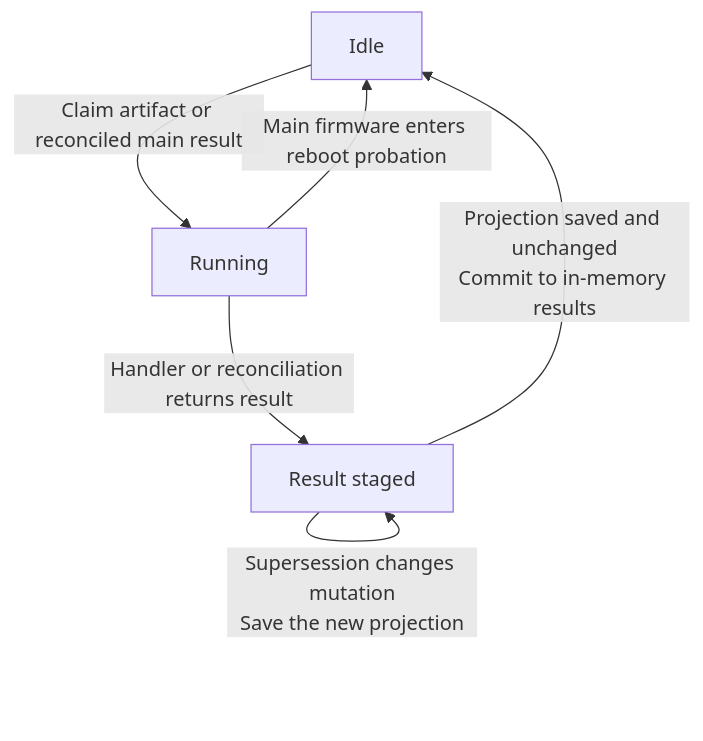
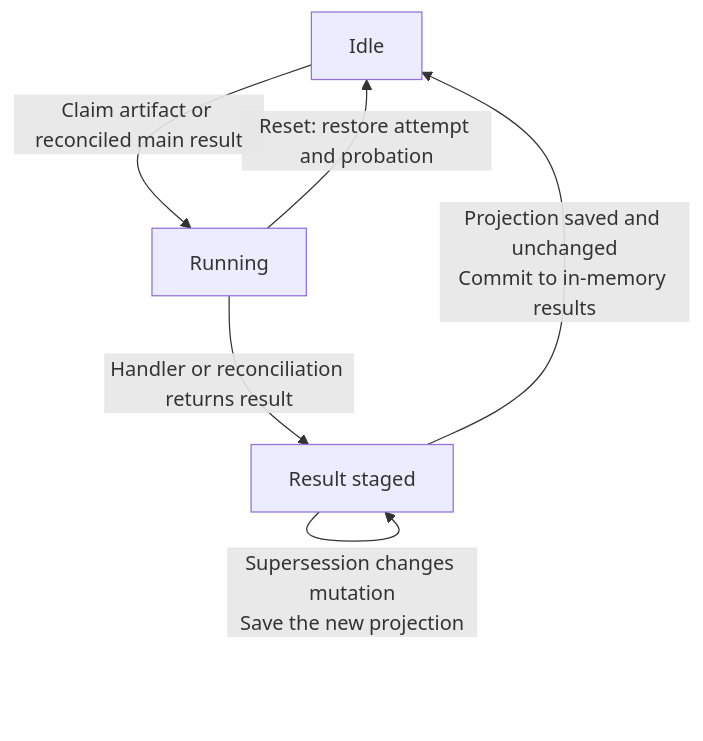
One commit to spotflow-io/device-sdk changed the tenth of 11 diagrams in zephyr/docs/ota.md. Above: the diagram before and after it, drawn with Mermaid. The commit also changed other lines of this file and 8 other files, not shown here.

First line of the commit message:
Retain main-firmware handler ownership until reboot

````diff
--- a/zephyr/docs/ota.md
+++ b/zephyr/docs/ota.md
@@ -567,13 +567,13 @@
 ```mermaid
 flowchart TD
     idle["Idle"]
     running["Running"]
     staged["Result staged"]
 
     idle -->|"Claim artifact or reconciled main result"| running
     running -->|"Handler or reconciliation returns result"| staged
-    running -->|"Main firmware enters reboot probation"| idle
+    running -->|"Reset: restore attempt and probation"| idle
     staged -->|"Projection saved and unchanged<br/>Commit to in-memory results"| idle
     staged -->|"Transient storage failure<br/>Retry"| staged
     staged -->|"Supersession changes mutation<br/>Save the new projection"| staged
 ```
````
